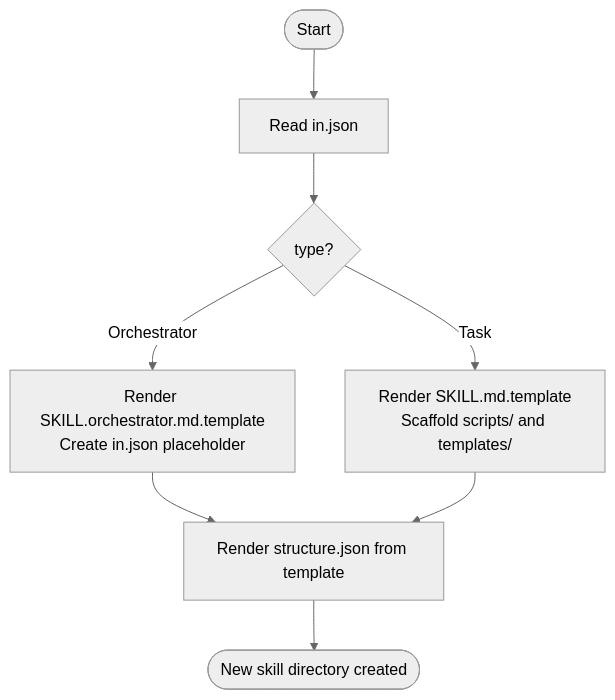
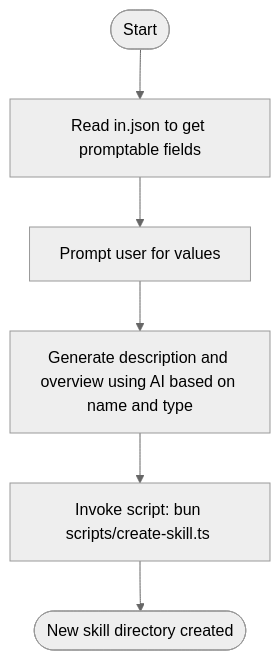
The diagram in .github/skills/sanjel-coding-skills/sanjel-coding-skill-creator/SKILL.md (zhongadamwang/PRG), drawn with Mermaid (neutral theme) before and after one commit. The commit also changed other lines of this file and 8 other files, not shown here.

````diff
--- a/.github/skills/sanjel-coding-skills/sanjel-coding-skill-creator/SKILL.md
+++ b/.github/skills/sanjel-coding-skills/sanjel-coding-skill-creator/SKILL.md
@@ -29,10 +29,8 @@
 ```mermaid
 graph TB
-    Start([Start]) --> R[Read in.json]
-    R --> T{type?}
-    T -->|Orchestrator| RO["Render SKILL.orchestrator.md.template\nCreate in.json placeholder"]
-    T -->|Task| RT["Render SKILL.md.template\nScaffold scripts/ and templates/"]
-    RO --> SJ[Render structure.json from template]
-    RT --> SJ
-    SJ --> End([New skill directory created])
+  Start([Start]) --> R[Read in.json to get promptable fields]
+  R --> P[Prompt user for values]
+  P --> G[Generate description and overview using AI based on name and type]
+  G --> CS[Invoke script: bun scripts/create-skill.ts <params>]
+  CS --> End([New skill directory created])
 ```
````
